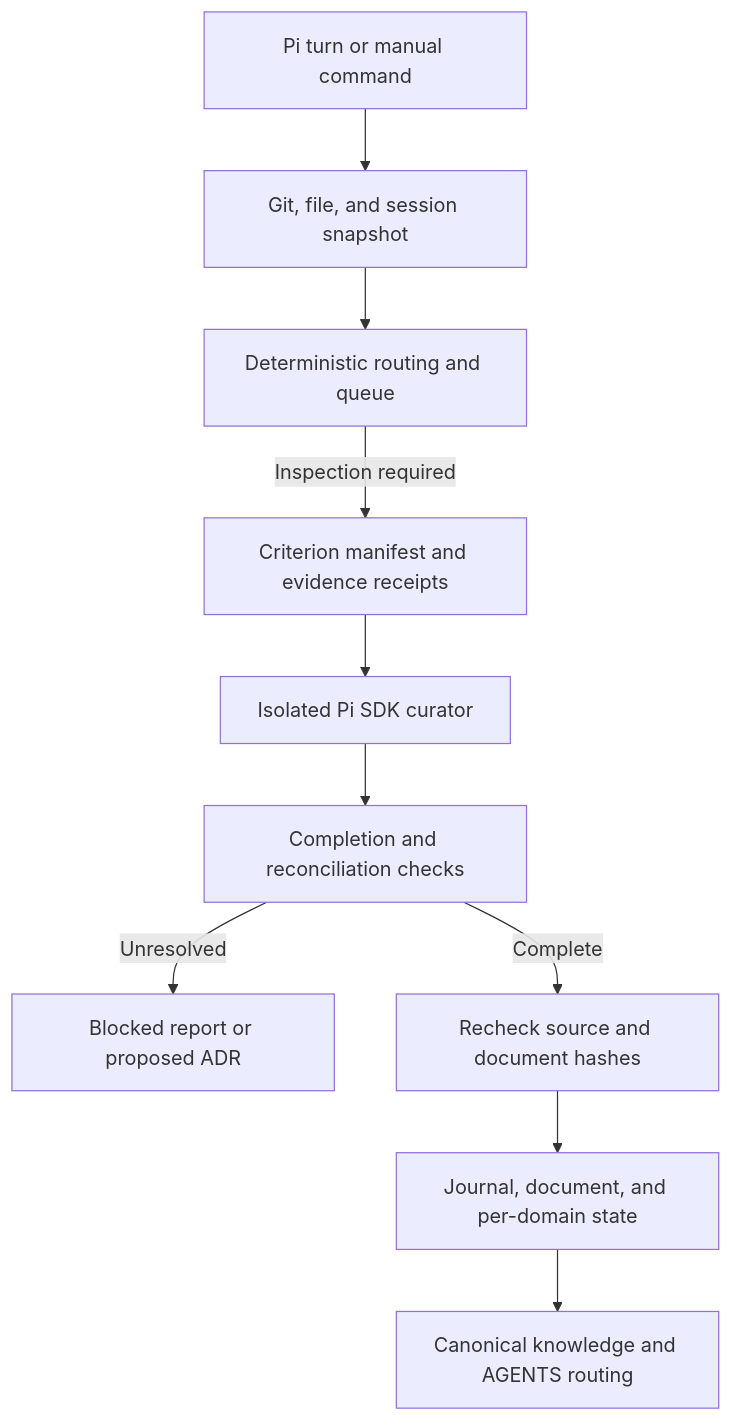
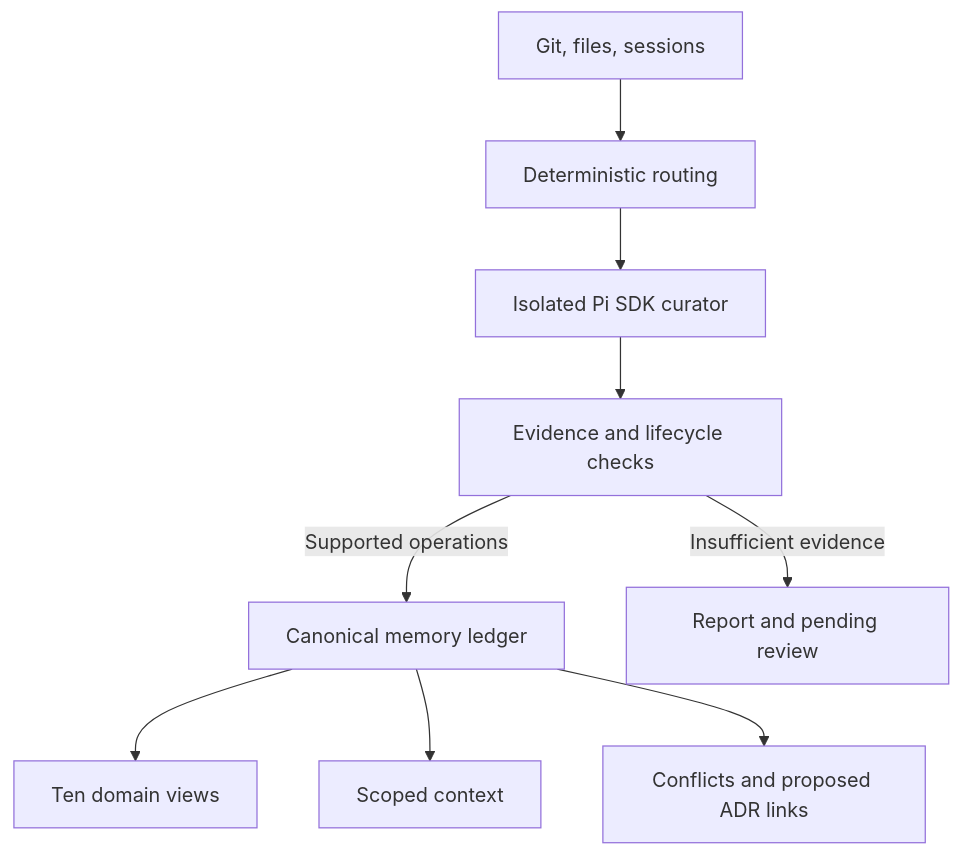
The diagram in docs/ARCHITECTURE.md (sij0sh/hindsight), drawn with Mermaid before and after one commit. The commit also changed other lines of this file and 8 other files, not shown here.

First line of the commit message:
docs: document v0.2.0 memory lifecycle and preserve v0.1.0 validation

````diff
--- a/docs/ARCHITECTURE.md
+++ b/docs/ARCHITECTURE.md
@@ -5,12 +5,11 @@
 ```mermaid
 flowchart TD
-    Event["Pi turn or manual command"] --> Snapshot["Git, file, and session snapshot"]
-    Snapshot --> Router["Deterministic routing and queue"]
-    Router -->|"Inspection required"| Ledger["Criterion manifest and evidence receipts"]
-    Ledger --> SDK["Isolated Pi SDK curator"]
-    SDK --> Validation["Completion and reconciliation checks"]
-    Validation -->|"Unresolved"| Report["Blocked report or proposed ADR"]
-    Validation -->|"Complete"| Guard["Recheck source and document hashes"]
-    Guard --> Transaction["Journal, document, and per-domain state"]
-    Transaction --> Knowledge["Canonical knowledge and AGENTS routing"]
+    Evidence["Git, files, sessions"] --> Router["Deterministic routing"]
+    Router --> Curator["Isolated Pi SDK curator"]
+    Curator --> Gates["Evidence and lifecycle checks"]
+    Gates -->|"Supported operations"| Ledger["Canonical memory ledger"]
+    Gates -->|"Insufficient evidence"| Pending["Report and pending review"]
+    Ledger --> Views["Ten domain views"]
+    Ledger --> Context["Scoped context"]
+    Ledger --> Conflicts["Conflicts and proposed ADR links"]
 ```
````
